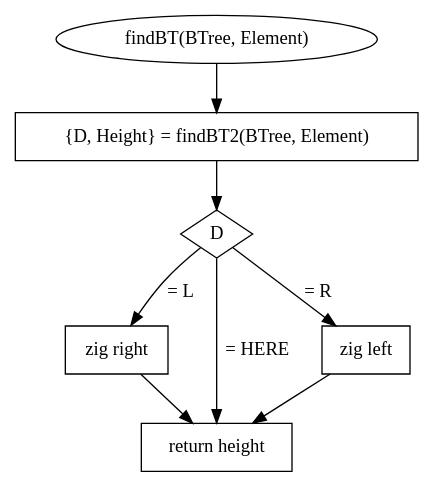
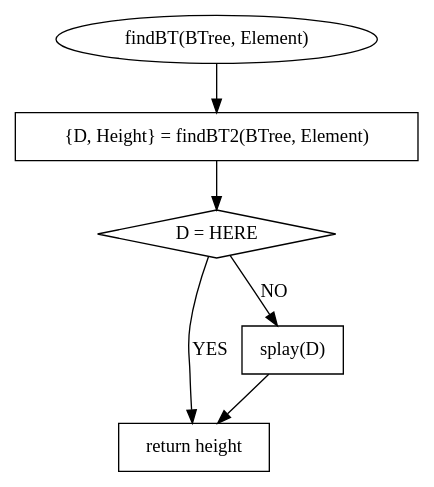
Before and after one commit to hugoppp-uni/Hausarbeit-Algorithmen-und-Datenstrukturen: the diagram in doc/graphviz/splayFind.gv, drawn with Graphviz. The commit also changed 2 other files, not shown here.

Commit message:
Change find to use splay()

```diff
--- a/doc/graphviz/splayFind.gv
+++ b/doc/graphviz/splayFind.gv
@@ -1,18 +1,14 @@
 digraph G{
 node [shape = box];
 find [label = "findBT(BTree, Element)" shape = ellipse]
 find -> find2
 find2 [label = "{D, Height} = findBT2(BTree, Element)"]
 find2 -> a1
-a1 [label = "D" shape = diamond]
-a1 -> l[label = "= L"]
-a1 -> h [label = "= HERE"]
-a1 -> r[label = "= R"]
+a1 [label = "D = HERE " shape = diamond]
+a1 -> return [label = "YES"]
+a1 -> nhere[label = "NO"]
 
-l[label = "zig right"]
-h [label = "return height"]
-r[label = "zig left"]
-l -> h
-r -> h
-
+nhere [label = "splay(D)"]
+nhere -> return
+return [label = "return height"]
 }
```
